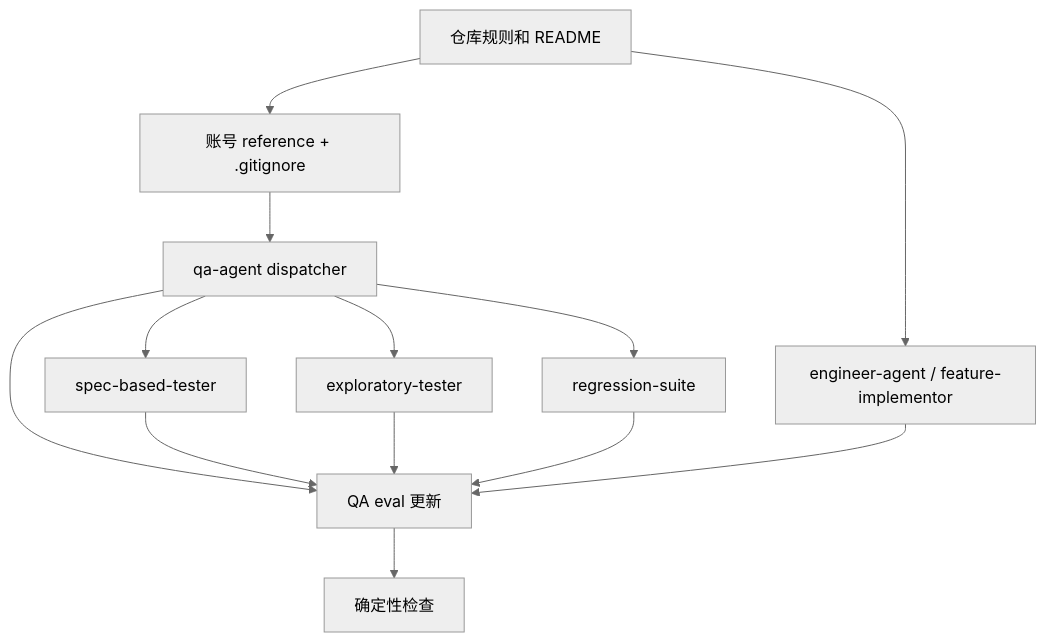
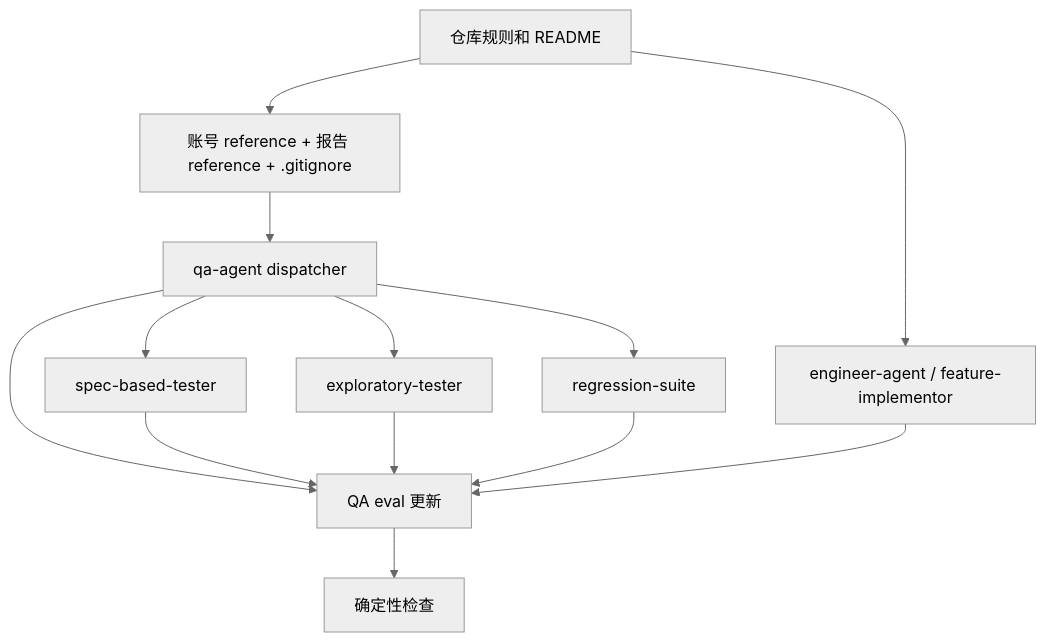
One commit to Neplich/dev-agent-skills changed the third of 3 diagrams in docs/engineer/qa-e2e-case-memory/TRD.md. Above: the diagram before and after it, drawn with Mermaid (neutral theme). The commit also changed other lines of this file, not shown here.

````diff
--- a/docs/engineer/qa-e2e-case-memory/TRD.md
+++ b/docs/engineer/qa-e2e-case-memory/TRD.md
@@ -290,15 +352,15 @@
 ```mermaid
 flowchart TD
-    Docs["仓库规则和 README"] --> Ref["账号 reference + .gitignore"]
+    Docs["仓库规则和 README"] --> Ref["账号 reference + 报告 reference + .gitignore"]
     Ref --> QA["qa-agent dispatcher"]
     QA --> Spec["spec-based-tester"]
     QA --> Explore["exploratory-tester"]
     QA --> Regression["regression-suite"]
     Docs --> Engineer["engineer-agent / feature-implementor"]
     QA --> Eval["QA eval 更新"]
     Spec --> Eval
     Explore --> Eval
     Regression --> Eval
     Engineer --> Eval
     Eval --> Checks["确定性检查"]
 ```
````
